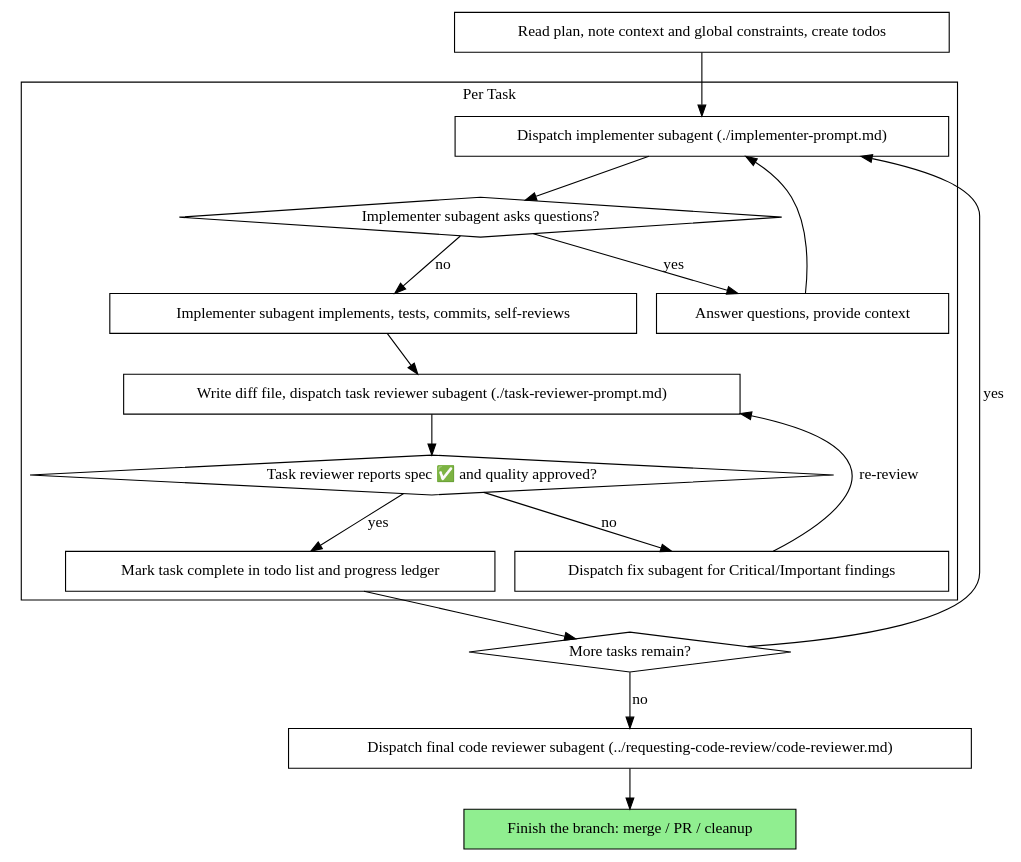
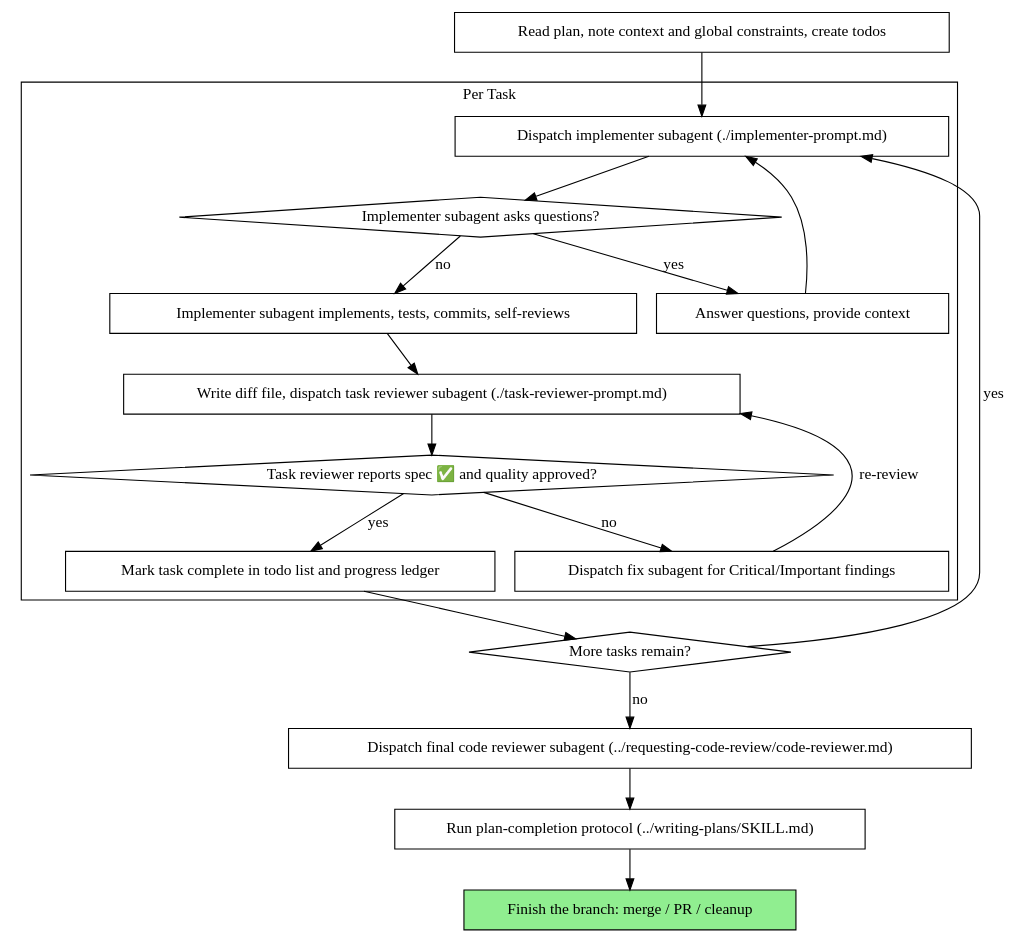
One commit to lowmason/agent-skills changed the second of 2 diagrams in skills/subagent-driven-development/SKILL.md. Above: the diagram before and after it, drawn with Graphviz. The commit also changed other lines of this file, not shown here.

Commit message:
feat(sdd): run plan-completion protocol after final review

````diff
--- a/skills/subagent-driven-development/SKILL.md
+++ b/skills/subagent-driven-development/SKILL.md
@@ -56,37 +56,39 @@
 ```dot
 digraph process {
     rankdir=TB;
 
     subgraph cluster_per_task {
         label="Per Task";
         "Dispatch implementer subagent (./implementer-prompt.md)" [shape=box];
         "Implementer subagent asks questions?" [shape=diamond];
         "Answer questions, provide context" [shape=box];
         "Implementer subagent implements, tests, commits, self-reviews" [shape=box];
         "Write diff file, dispatch task reviewer subagent (./task-reviewer-prompt.md)" [shape=box];
         "Task reviewer reports spec ✅ and quality approved?" [shape=diamond];
         "Dispatch fix subagent for Critical/Important findings" [shape=box];
         "Mark task complete in todo list and progress ledger" [shape=box];
     }
 
     "Read plan, note context and global constraints, create todos" [shape=box];
     "More tasks remain?" [shape=diamond];
     "Dispatch final code reviewer subagent (../requesting-code-review/code-reviewer.md)" [shape=box];
+    "Run plan-completion protocol (../writing-plans/SKILL.md)" [shape=box];
     "Finish the branch: merge / PR / cleanup" [shape=box style=filled fillcolor=lightgreen];
 
     "Read plan, note context and global constraints, create todos" -> "Dispatch implementer subagent (./implementer-prompt.md)";
     "Dispatch implementer subagent (./implementer-prompt.md)" -> "Implementer subagent asks questions?";
     "Implementer subagent asks questions?" -> "Answer questions, provide context" [label="yes"];
     "Answer questions, provide context" -> "Dispatch implementer subagent (./implementer-prompt.md)";
     "Implementer subagent asks questions?" -> "Implementer subagent implements, tests, commits, self-reviews" [label="no"];
     "Implementer subagent implements, tests, commits, self-reviews" -> "Write diff file, dispatch task reviewer subagent (./task-reviewer-prompt.md)";
     "Write diff file, dispatch task reviewer subagent (./task-reviewer-prompt.md)" -> "Task reviewer reports spec ✅ and quality approved?";
     "Task reviewer reports spec ✅ and quality approved?" -> "Dispatch fix subagent for Critical/Important findings" [label="no"];
     "Dispatch fix subagent for Critical/Important findings" -> "Write diff file, dispatch task reviewer subagent (./task-reviewer-prompt.md)" [label="re-review"];
     "Task reviewer reports spec ✅ and quality approved?" -> "Mark task complete in todo list and progress ledger" [label="yes"];
     "Mark task complete in todo list and progress ledger" -> "More tasks remain?";
     "More tasks remain?" -> "Dispatch implementer subagent (./implementer-prompt.md)" [label="yes"];
     "More tasks remain?" -> "Dispatch final code reviewer subagent (../requesting-code-review/code-reviewer.md)" [label="no"];
-    "Dispatch final code reviewer subagent (../requesting-code-review/code-reviewer.md)" -> "Finish the branch: merge / PR / cleanup";
+    "Dispatch final code reviewer subagent (../requesting-code-review/code-reviewer.md)" -> "Run plan-completion protocol (../writing-plans/SKILL.md)";
+    "Run plan-completion protocol (../writing-plans/SKILL.md)" -> "Finish the branch: merge / PR / cleanup";
 }
 ```
````
